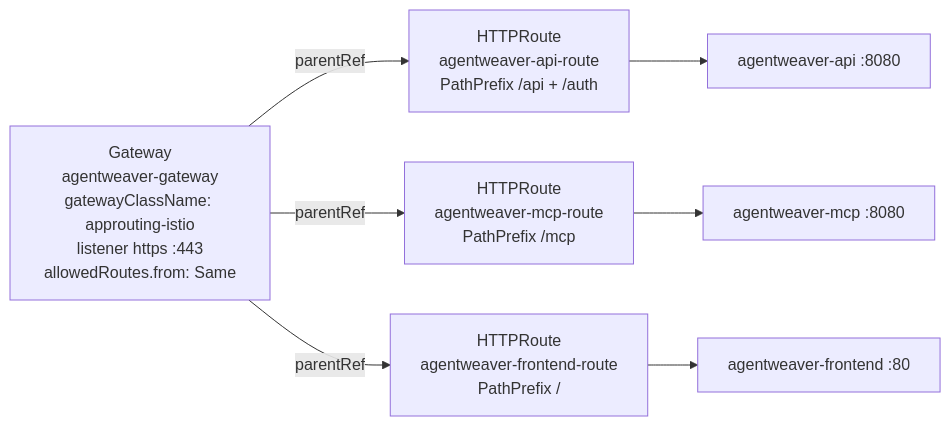
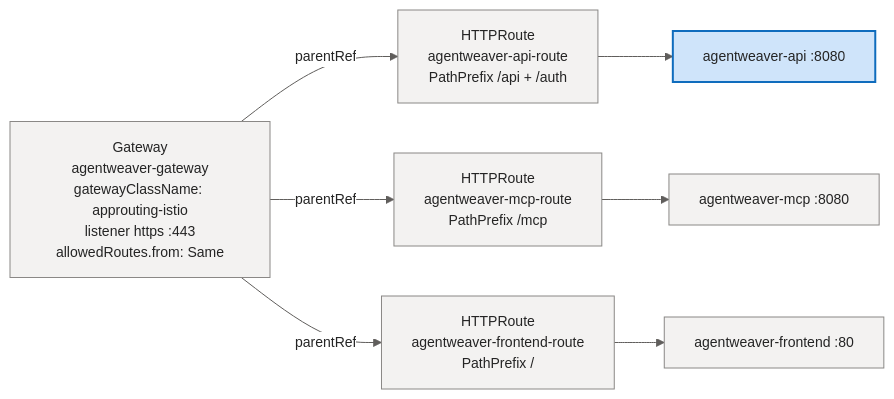
Before and after one commit to sabbour/agentweaver: the third of 5 diagrams in docs/architecture-aks.md, drawn with Mermaid. The commit also changed other lines of this file and 13 other files, not shown here.

````diff
--- a/docs/architecture-aks.md
+++ b/docs/architecture-aks.md
@@ -89,16 +137,28 @@
 ```mermaid
+%%{init: {'theme':'base','themeVariables':{'fontFamily':'Segoe UI, system-ui, -apple-system, sans-serif','fontSize':'14px','primaryColor':'#E8EEF9','primaryBorderColor':'#0F6CBD','primaryTextColor':'#242424','lineColor':'#605E5C','clusterBkg':'#FAF9F8','clusterBorder':'#D2D0CE','edgeLabelBackground':'#FFFFFF'}}}%%
 graph LR
     GW["Gateway<br/>agentweaver-gateway<br/>gatewayClassName: approuting-istio<br/>listener https :443<br/>allowedRoutes.from: Same"]
 
     R1["HTTPRoute<br/>agentweaver-api-route<br/>PathPrefix /api + /auth"]
     R2["HTTPRoute<br/>agentweaver-mcp-route<br/>PathPrefix /mcp"]
     R3["HTTPRoute<br/>agentweaver-frontend-route<br/>PathPrefix /"]
 
     B1["agentweaver-api :8080"]
     B2["agentweaver-mcp :8080"]
     B3["agentweaver-frontend :80"]
 
     GW -->|parentRef| R1 --> B1
     GW -->|parentRef| R2 --> B2
     GW -->|parentRef| R3 --> B3
+
+    classDef client fill:#E8EEF9,stroke:#0F6CBD,stroke-width:1px,color:#242424;
+    classDef svc fill:#F3F2F1,stroke:#8A8886,stroke-width:1px,color:#242424;
+    classDef core fill:#CFE4FA,stroke:#0F6CBD,stroke-width:2px,color:#242424;
+    classDef data fill:#FFF4CE,stroke:#C19C00,stroke-width:1px,color:#242424;
+    classDef ext fill:#F0E8F8,stroke:#8764B8,stroke-width:1px,color:#242424;
+    classDef runtime fill:#DDF3DD,stroke:#107C10,stroke-width:1px,color:#242424;
+    classDef evt fill:#D6F0F0,stroke:#038387,stroke-width:1px,color:#242424;
+
+    class GW,R1,R2,R3,B2,B3 svc;
+    class B1 core;
 ```
````
